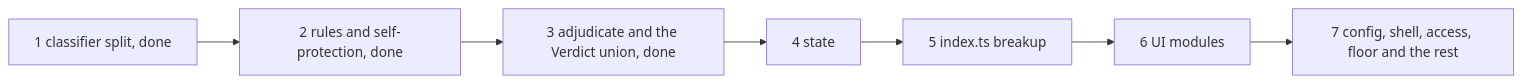
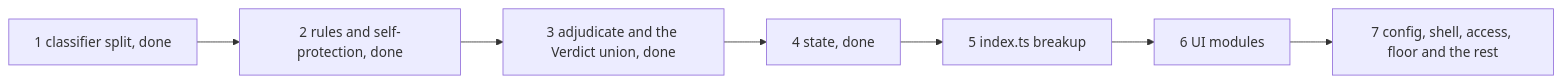
Before and after one commit to jonatsu/pi-verdict: the diagram in docs/plans/simplify-and-comments.md, drawn with Mermaid. The commit also changed other lines of this file, not shown here.

First line of the commit message:
docs(plan): mark the state slice done

````diff
--- a/docs/plans/simplify-and-comments.md
+++ b/docs/plans/simplify-and-comments.md
@@ -24,9 +24,9 @@
 ```mermaid
 flowchart LR
   S1[1 classifier split, done] --> S2[2 rules and self-protection, done]
   S2 --> S3[3 adjudicate and the Verdict union, done]
-  S3 --> S4[4 state]
+  S3 --> S4[4 state, done]
   S4 --> S5[5 index.ts breakup]
   S5 --> S6[6 UI modules]
   S6 --> S7[7 config, shell, access, floor and the rest]
 ```
````
